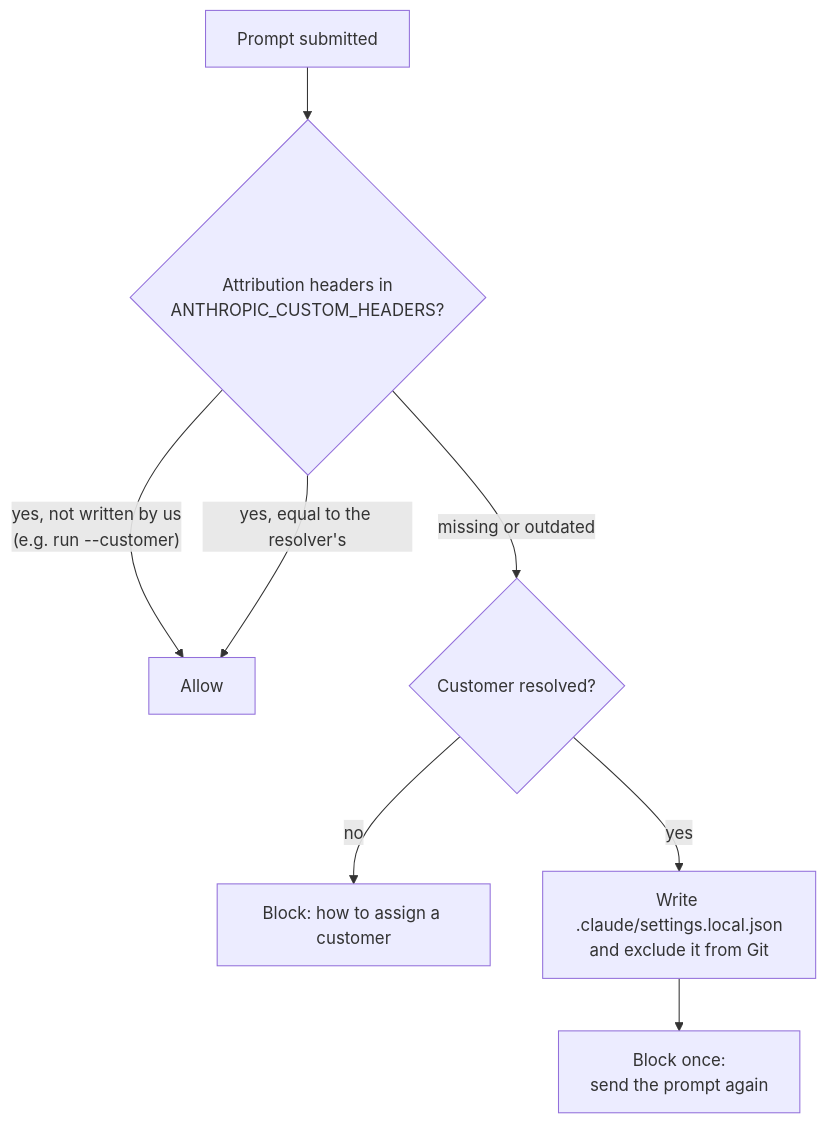
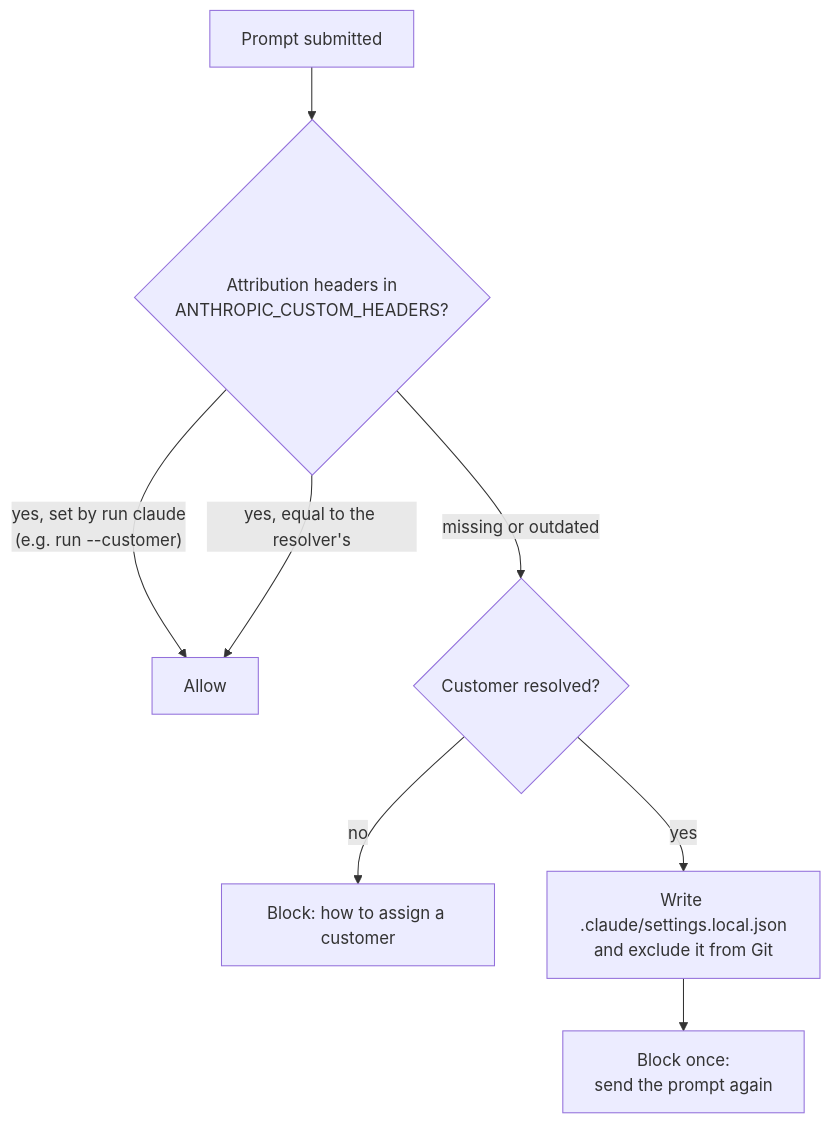
The second of 2 diagrams in docs/architecture.md (MarvinWeitz/llm-credential-mapping), drawn with Mermaid before and after one commit. The commit also changed other lines of this file and 3 other files, not shown here.

````diff
--- a/docs/architecture.md
+++ b/docs/architecture.md
@@ -331,9 +331,9 @@
 ```mermaid
 flowchart TD
     A[Prompt submitted] --> B{Attribution headers in<br/>ANTHROPIC_CUSTOM_HEADERS?}
-    B -- "yes, not written by us<br/>(e.g. run --customer)" --> OK[Allow]
+    B -- "yes, set by run claude<br/>(e.g. run --customer)" --> OK[Allow]
     B -- yes, equal to the resolver's --> OK
     B -- missing or outdated --> C{Customer resolved?}
     C -- no --> X[Block: how to assign a customer]
     C -- yes --> D[Write .claude/settings.local.json<br/>and exclude it from Git] --> Y[Block once:<br/>send the prompt again]
 ```
````
